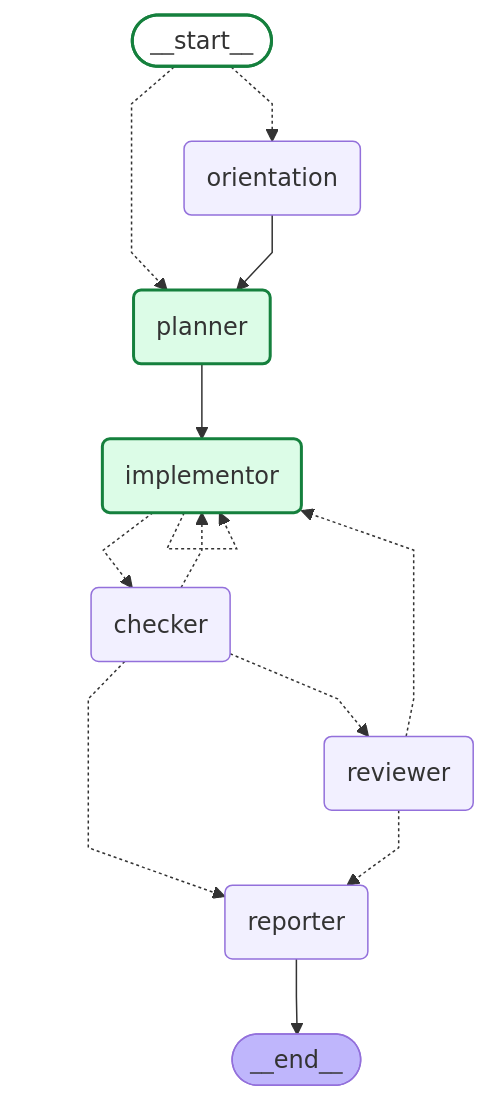
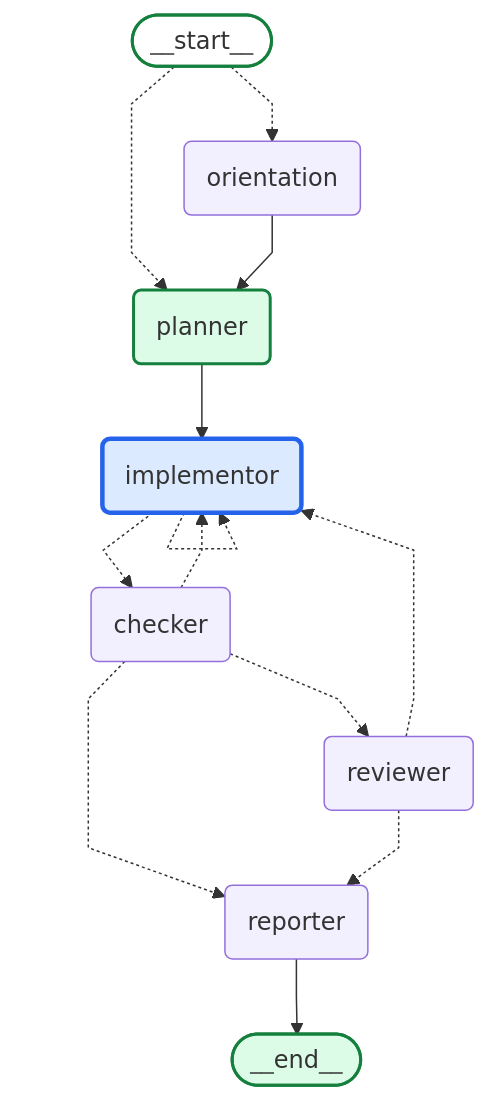
One commit to daniell0gda/hermes-feature-check-dashboard changed the diagram in runs/20260810-105614-1f429b/graph.mmd. Above: the diagram before and after it, drawn with Mermaid. The commit also changed 7 other files, not shown here.

```diff
--- a/runs/20260810-105614-1f429b/graph.mmd
+++ b/runs/20260810-105614-1f429b/graph.mmd
@@ -1,36 +1,37 @@
 ---
 config:
   flowchart:
     curve: linear
 ---
 graph TD;
 	__start__([<p>__start__</p>]):::first
 	orientation(orientation)
 	planner(planner)
 	implementor(implementor)
 	checker(checker)
 	reviewer(reviewer)
 	reporter(reporter)
 	__end__([<p>__end__</p>]):::last
 	__start__ -.-> orientation;
 	__start__ -.-> planner;
 	checker -.-> implementor;
 	checker -.-> reporter;
 	checker -.-> reviewer;
 	implementor -.-> checker;
 	orientation --> planner;
 	planner --> implementor;
 	reviewer -.-> implementor;
 	reviewer -.-> reporter;
 	reporter --> __end__;
 	implementor -.-> implementor;
 	classDef default fill:#f2f0ff,line-height:1.2
 	classDef first fill-opacity:0
 	classDef last fill:#bfb6fc
 
 classDef done fill:#dcfce7,stroke:#15803d,stroke-width:2px;
 classDef active fill:#dbeafe,stroke:#2563eb,stroke-width:3px;
 classDef failed fill:#fee2e2,stroke:#b42318,stroke-width:2px;
 class planner done;
-class implementor done;
+class implementor active;
 class __start__ done;
+class __end__ done;
```
